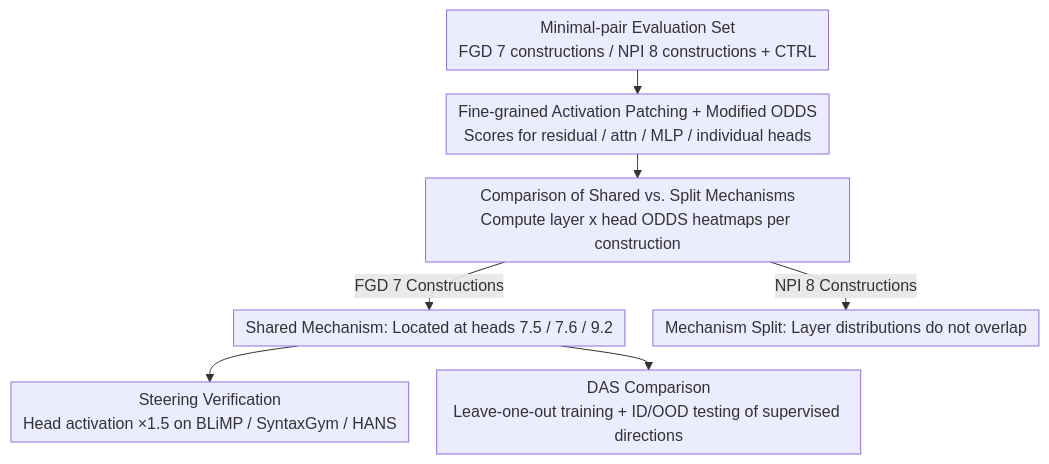
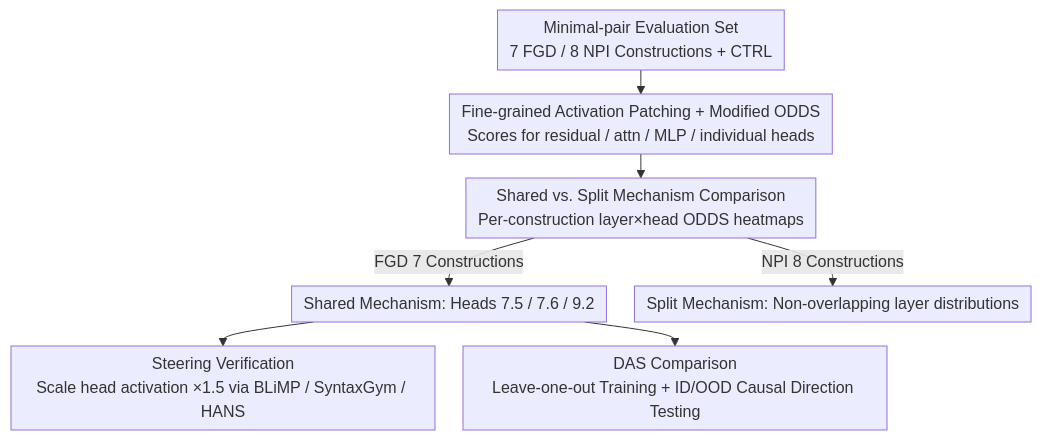
The diagram in docs/ACL2026/interpretability/fine-grained_analysis_of_shared_syntactic_mechanisms_in_language_models.md (zhaoyang97/Paper-Notes-en), drawn with Mermaid before and after one commit. The commit also changed other lines of this file and 5084 other files, not shown here.

````diff
--- a/docs/ACL2026/interpretability/fine-grained_analysis_of_shared_syntactic_mechanisms_in_language_models.md
+++ b/docs/ACL2026/interpretability/fine-grained_analysis_of_shared_syntactic_mechanisms_in_language_models.md
@@ -46,11 +46,11 @@
 ```mermaid
 %%{init: {'flowchart': {'rankSpacing': 24, 'nodeSpacing': 28, 'padding': 6, 'wrappingWidth': 400}}}%%
 flowchart TD
-    A["Minimal-pair Evaluation Set<br/>FGD 7 constructions / NPI 8 constructions + CTRL"]
+    A["Minimal-pair Evaluation Set<br/>7 FGD / 8 NPI Constructions + CTRL"]
     A --> B["Fine-grained Activation Patching + Modified ODDS<br/>Scores for residual / attn / MLP / individual heads"]
-    B --> C["Comparison of Shared vs. Split Mechanisms<br/>Compute layer x head ODDS heatmaps per construction"]
-    C -->|FGD 7 Constructions| D["Shared Mechanism: Located at heads 7.5 / 7.6 / 9.2"]
-    C -->|NPI 8 Constructions| E["Mechanism Split: Layer distributions do not overlap"]
-    D --> F["Steering Verification<br/>Head activation ×1.5 on BLiMP / SyntaxGym / HANS"]
-    D --> G["DAS Comparison<br/>Leave-one-out training + ID/OOD testing of supervised directions"]
+    B --> C["Shared vs. Split Mechanism Comparison<br/>Per-construction layer×head ODDS heatmaps"]
+    C -->|FGD 7 Constructions| D["Shared Mechanism: Heads 7.5 / 7.6 / 9.2"]
+    C -->|NPI 8 Constructions| E["Split Mechanism: Non-overlapping layer distributions"]
+    D --> F["Steering Verification<br/>Scale head activation ×1.5 via BLiMP / SyntaxGym / HANS"]
+    D --> G["DAS Comparison<br/>Leave-one-out Training + ID/OOD Causal Direction Testing"]
 ```
````
